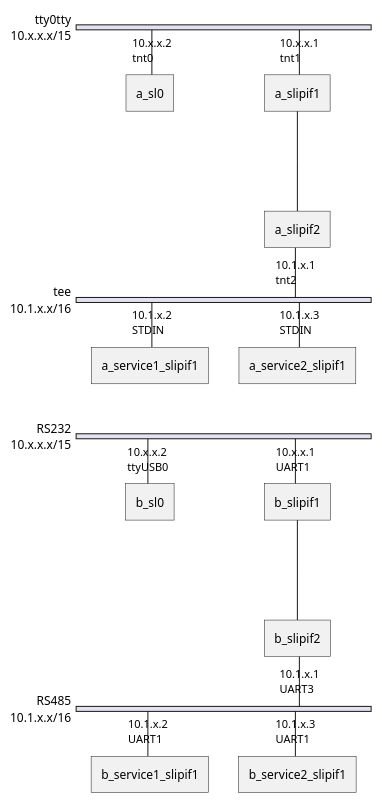
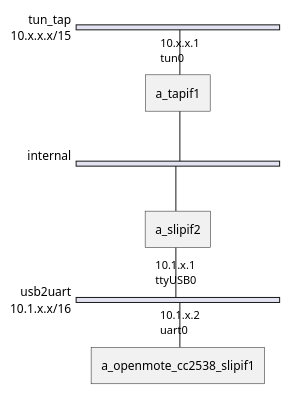
One commit to Shari2/ethernet_over_serial changed the diagram in network.plantuml. Above: the diagram before and after it, drawn with PlantUML. The commit also changed 1 other file, not shown here.

Commit message:
Friendship ended with slip + slattach. Tun/tap + lwip slip is my best friend now.

```diff
--- a/network.plantuml
+++ b/network.plantuml
@@ -5,39 +5,47 @@
 @startuml
 
 nwdiag {
-  network tty0tty {
+  network tun_tap {
       address = "10.x.x.x/15"
 
-      a_sl0 [address = "10.x.x.2, tnt0"];
-      a_slipif1 [address = "10.x.x.1, tnt1"];
-      a_slipif1 -- a_slipif2;
+      a_tapif1 [address = "10.x.x.1, tun0"];
+      
+  }
+  
+  network internal {
+  	a_tapif1;
+  	a_slipif2;
   }
 
-  network tee {
+  network usb2uart {
       address = "10.1.x.x/16";
 
-      a_slipif2 [address = "10.1.x.1, tnt2"]
-      a_service1_slipif1 [address = "10.1.x.2, STDIN"];
-      a_service2_slipif1 [address = "10.1.x.3, STDIN"];
+      a_slipif2 [address = "10.1.x.1, ttyUSB0"]
+      a_openmote_cc2538_slipif1 [address = "10.1.x.2, uart0"];
   }
 }
 
 
-nwdiag {
-  network RS232 {
-      address = "10.x.x.x/15"
-
-      b_sl0 [address = "10.x.x.2, ttyUSB0"];
-      b_slipif1 [address = "10.x.x.1, UART1"];
-      b_slipif1 -- b_slipif2;
-  }
-
-  network RS485 {
-      address = "10.1.x.x/16";
-
-      b_slipif2 [address = "10.1.x.1, UART3"]
-      b_service1_slipif1 [address = "10.1.x.2, UART1"];
-      b_service2_slipif1 [address = "10.1.x.3, UART1"];
-  }
-}
+'/nwdiag {
+'/  network RS232 {
+'/      address = "10.x.x.x/15"
+'/
+'/      b_sl0 [address = "10.x.x.2, ttyUSB0"];
+'/      b_slipif1 [address = "10.x.x.1, UART1"];
+'/  }
+'/  
+'/  network internal {
+'/  	b_slipif1;
+'/  	b_slipif2;
+'/  	b_slipif3
+'/  }
+'/
+'/  network RS485 {
+'/      address = "10.1.x.x/16";
+'/
+'/      b_slipif2 [address = "10.1.x.1, UART3"]
+'/      b_service1_slipif1 [address = "10.1.x.2, UART1"];
+'/      b_service2_slipif1 [address = "10.1.x.3, UART1"];
+'/  }
+'/}
 @enduml
```
